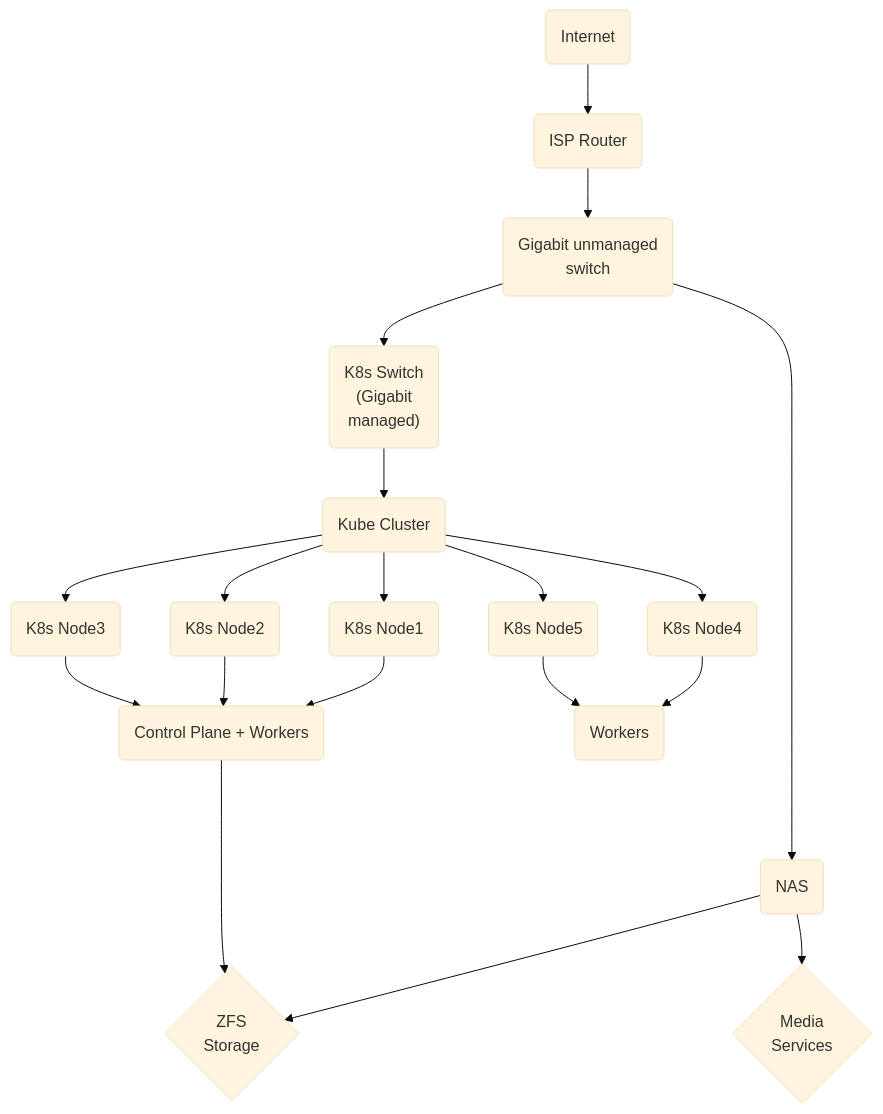
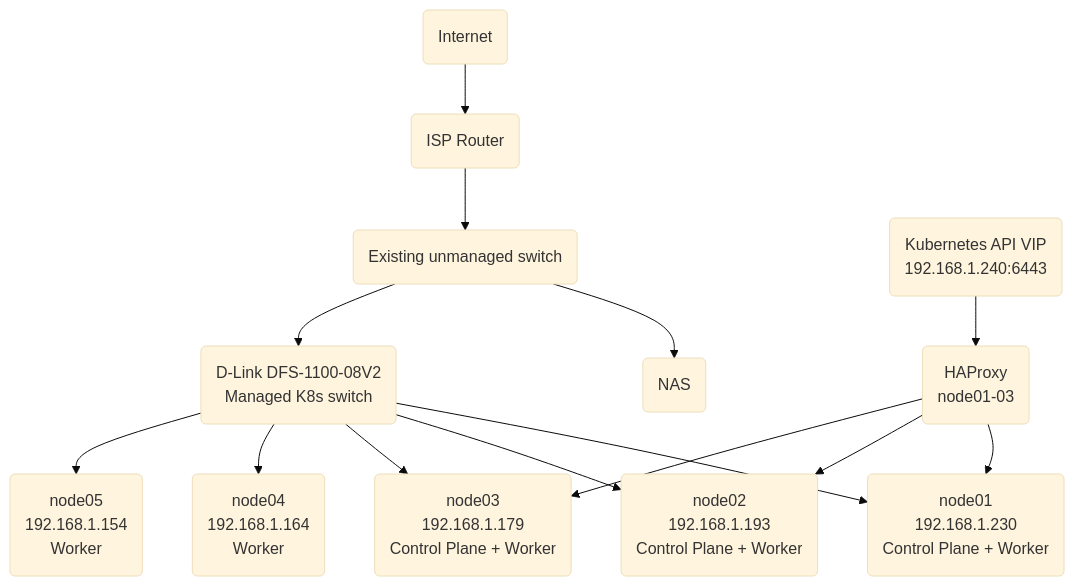
One commit to Andrew-Farquhar/bare-metal-kubernetes-lab changed the diagram in docs/architecture.md. Above: the diagram before and after it, drawn with Mermaid (base theme). The commit also changed other lines of this file, not shown here.

First line of the commit message:
Revise Kubernetes cluster architecture documentation

````diff
--- a/docs/architecture.md
+++ b/docs/architecture.md
@@ -20,47 +65,33 @@
 ```mermaid
 graph TD
     Internet(Internet)
     ISPRouter(ISP Router)
-    Switch1("Gigabit unmanaged<br>switch")
-    
+    Switch1("Existing unmanaged switch")
+    K8sSwitch("D-Link DFS-1100-08V2<br>Managed K8s switch")
+
     Internet --> ISPRouter
     ISPRouter --> Switch1
-    
+
     NAS(NAS)
-    K8sSwitch("K8s Switch<br>(Gigabit<br>managed)")
-    
     Switch1 --> NAS
     Switch1 --> K8sSwitch
-    
-    ZFS{"ZFS<br>Storage"}
-    Media{"Media<br>Services"}
-    
-    NAS --> ZFS
-    NAS --> Media
-    
-    KubeCluster(Kube Cluster)
-    K8sSwitch --> KubeCluster
-    
-    Node1(K8s Node1)
-    Node2(K8s Node2)
-    Node3(K8s Node3)
-    Node4(K8s Node4)
-    Node5(K8s Node5)
-    
-    KubeCluster --> Node1
-    KubeCluster --> Node2
-    KubeCluster --> Node3
-    KubeCluster --> Node4
-    KubeCluster --> Node5
-    
-    ControlWorkers(Control Plane + Workers)
-    WorkersOnly(Workers)
-    
-    Node1 --> ControlWorkers
-    Node2 --> ControlWorkers
-    Node3 --> ControlWorkers
-    Node4 --> WorkersOnly
-    Node5 --> WorkersOnly
-    
-    ControlWorkers ----> ZFS
+
+    Node1("node01<br>192.168.1.230<br>Control Plane + Worker")
+    Node2("node02<br>192.168.1.193<br>Control Plane + Worker")
+    Node3("node03<br>192.168.1.179<br>Control Plane + Worker")
+    Node4("node04<br>192.168.1.164<br>Worker")
+    Node5("node05<br>192.168.1.154<br>Worker")
+
+    K8sSwitch --> Node1
+    K8sSwitch --> Node2
+    K8sSwitch --> Node3
+    K8sSwitch --> Node4
+    K8sSwitch --> Node5
+
+    VIP("Kubernetes API VIP<br>192.168.1.240:6443")
+    HAProxy("HAProxy<br>node01-03")
+    VIP --> HAProxy
+    HAProxy --> Node1
+    HAProxy --> Node2
+    HAProxy --> Node3
 ```
````
